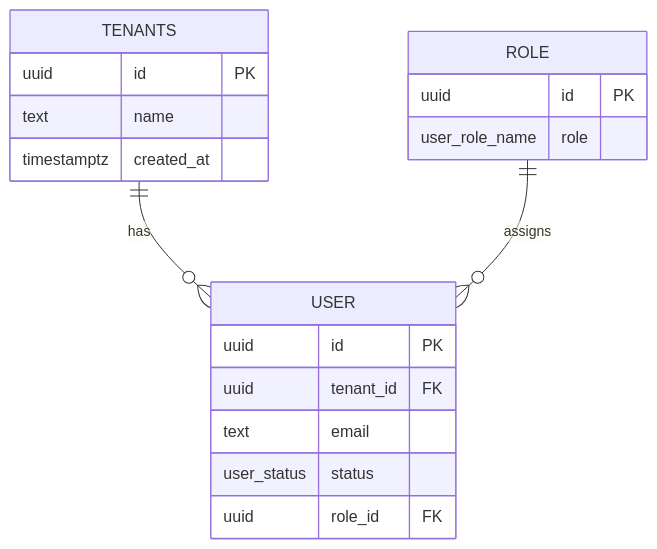
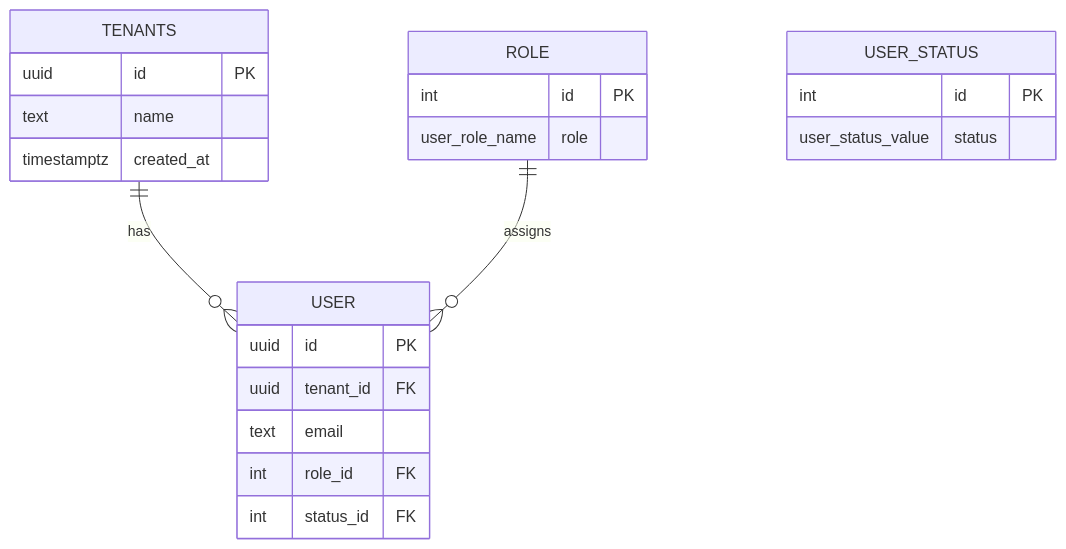
One commit to Topher05/tax-pulse-project-1 changed the diagram in planning/team/ticket-journal.md. Above: the diagram before and after it, drawn with Mermaid. The commit also changed other lines of this file, not shown here.

````diff
--- a/planning/team/ticket-journal.md
+++ b/planning/team/ticket-journal.md
@@ -535,24 +535,29 @@
 ```mermaid
 erDiagram
   TENANTS ||--o{ USER : has
   ROLE ||--o{ USER : assigns
 
   TENANTS {
     uuid id PK
     text name
     timestamptz created_at
   }
 
   ROLE {
-    uuid id PK
+    int id PK
     user_role_name role
+  }
+
+  USER_STATUS {
+    int id PK
+    user_status_value status
   }
 
   USER {
     uuid id PK
     uuid tenant_id FK
     text email
-    user_status status
-    uuid role_id FK
+    int role_id FK
+    int status_id FK
   }
 ```
````
